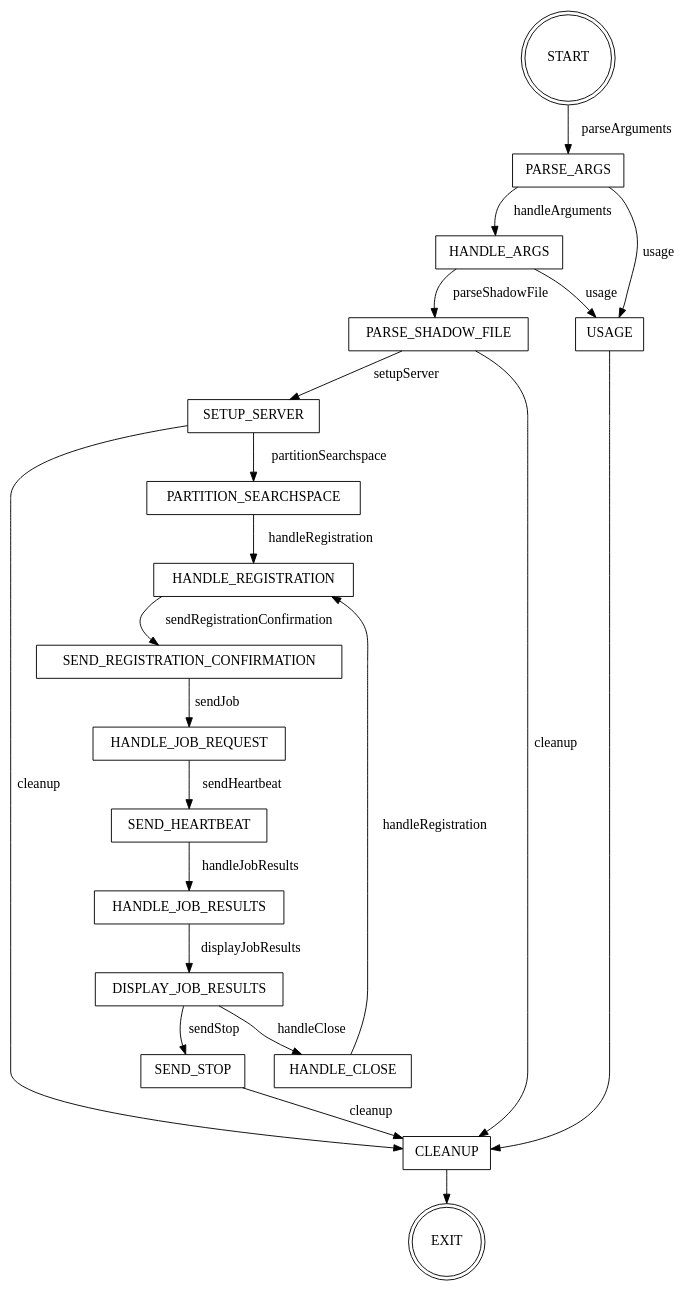
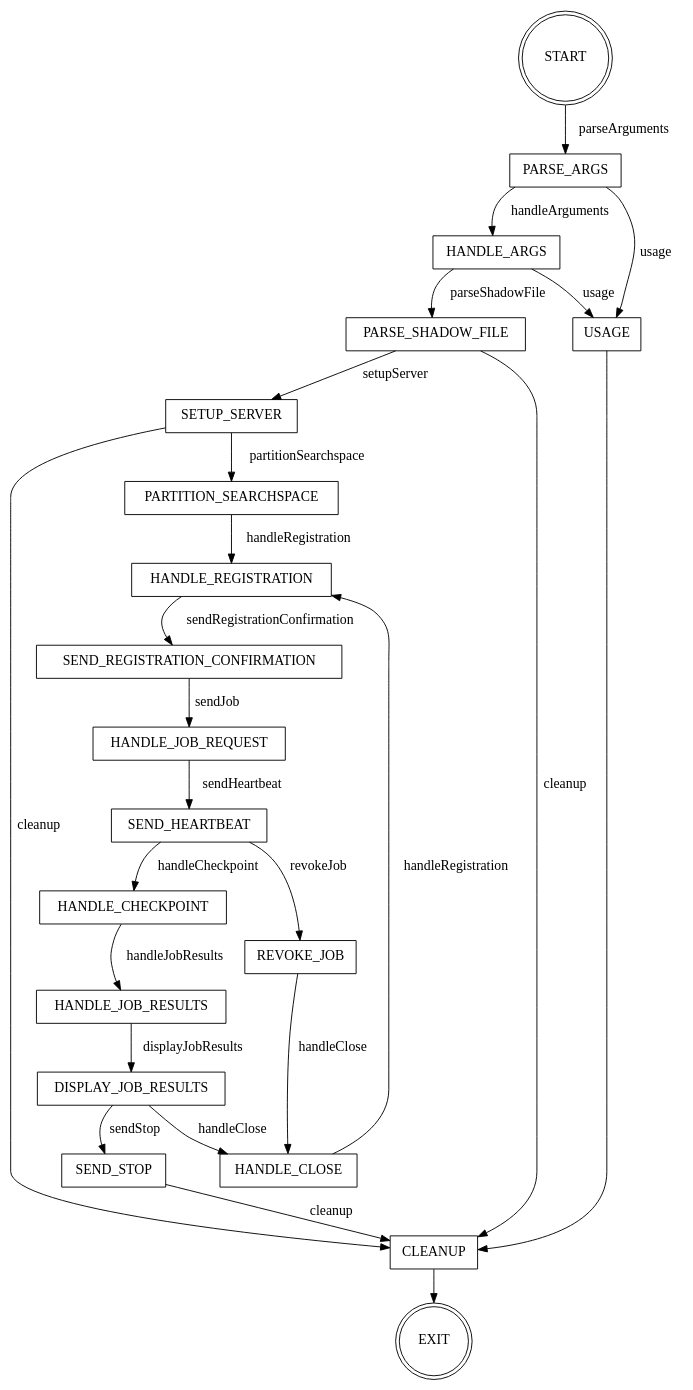
Before and after one commit to A1exander-liU/comp-8005-assign-4: the diagram in controller.gv, drawn with Graphviz.

Commit message:
docs(controller): update gv diagram

```diff
--- a/controller.gv
+++ b/controller.gv
@@ -1,59 +1,65 @@
 digraph Controller {
   node [shape = rectangle; fontsize = 15;];
   edge [fontsize = 15;];
   
   // States
   START [shape = "doublecircle";];
   PARSE_ARGS;
   HANDLE_ARGS;
   USAGE;
   PARSE_SHADOW_FILE;
   SETUP_SERVER;
   PARTITION_SEARCHSPACE;
   HANDLE_REGISTRATION;
   SEND_REGISTRATION_CONFIRMATION;
   HANDLE_JOB_REQUEST;
   SEND_HEARTBEAT;
-  HANDLE_JOB_RESULTS;
+  REVOKE_JOB;
+  HANDLE_CHECKPOINT;
+  HANDLE_JOB_RESULTS; 
   DISPLAY_JOB_RESULTS;
   SEND_STOP;
   CLEANUP;
   EXIT [shape = "doublecircle";];
 
   // Transitions
   START -> PARSE_ARGS [label = "parseArguments";];
   
   PARSE_ARGS -> HANDLE_ARGS [label = "handleArguments";];
   PARSE_ARGS -> USAGE [label = "usage";];
   
   HANDLE_ARGS -> PARSE_SHADOW_FILE [label = "parseShadowFile";];
   HANDLE_ARGS -> USAGE [label = "usage";];
   
   PARSE_SHADOW_FILE -> SETUP_SERVER [label = "setupServer";];
   PARSE_SHADOW_FILE -> CLEANUP [label = "cleanup";];
   
   SETUP_SERVER -> CLEANUP [label = "cleanup";];
 
   SETUP_SERVER -> PARTITION_SEARCHSPACE [label = "partitionSearchspace";];
   PARTITION_SEARCHSPACE -> HANDLE_REGISTRATION [label = "handleRegistration"]
   
   HANDLE_REGISTRATION -> SEND_REGISTRATION_CONFIRMATION [label = "sendRegistrationConfirmation";];
 
   SEND_REGISTRATION_CONFIRMATION -> HANDLE_JOB_REQUEST [label = "sendJob";];
 
   HANDLE_JOB_REQUEST -> SEND_HEARTBEAT [label = "sendHeartbeat";];
 
-  SEND_HEARTBEAT -> HANDLE_JOB_RESULTS [label = "handleJobResults";];
+  SEND_HEARTBEAT -> HANDLE_CHECKPOINT [label = "handleCheckpoint";];
+  SEND_HEARTBEAT -> REVOKE_JOB [label = "revokeJob";];
+  REVOKE_JOB -> HANDLE_CLOSE [label = "handleClose";];
+
+  HANDLE_CHECKPOINT -> HANDLE_JOB_RESULTS [label = "handleJobResults";];
 
   HANDLE_JOB_RESULTS -> DISPLAY_JOB_RESULTS [label = "displayJobResults";];
 
   DISPLAY_JOB_RESULTS -> HANDLE_CLOSE [label = "handleClose";];
   HANDLE_CLOSE -> HANDLE_REGISTRATION [label = "handleRegistration";];
 
   DISPLAY_JOB_RESULTS -> SEND_STOP [label = "sendStop";];
 
   SEND_STOP -> CLEANUP [label = "cleanup";];
 
   USAGE -> CLEANUP;
   CLEANUP -> EXIT;
 }
```
